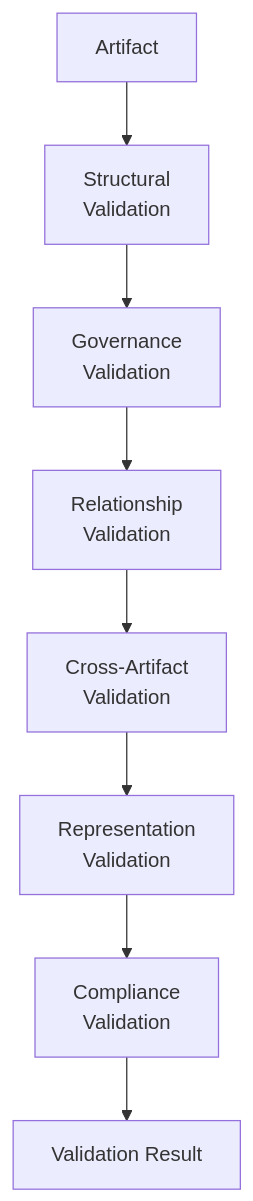
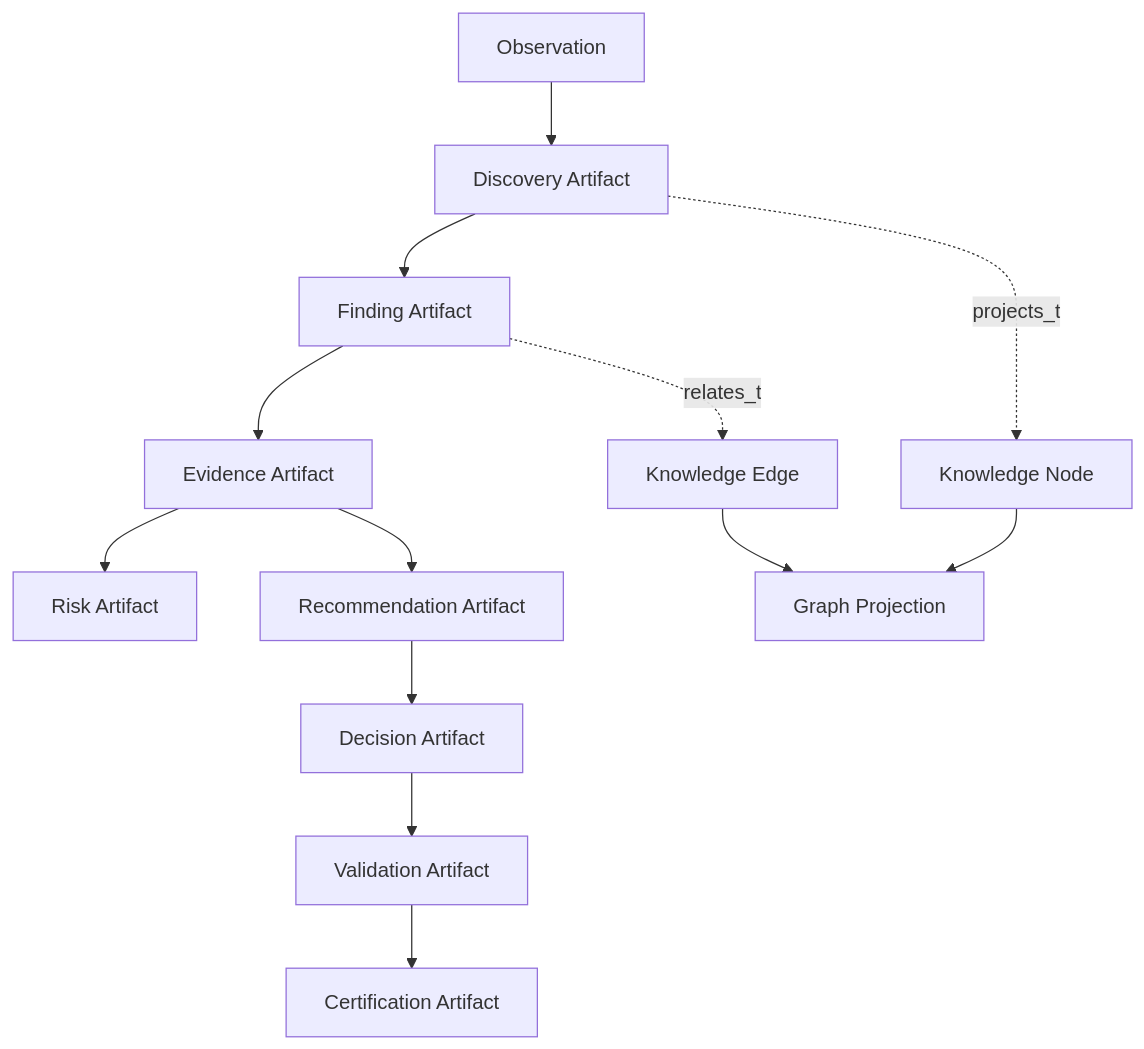
The seventh of 13 diagrams in docs/AI/Meta/M.1-Artifact-Meta-Model.md (doallon/forge-ai), drawn with Mermaid before and after one commit. The commit also changed other lines of this file, not shown here.

Commit message:
Align M.1 artifact meta model

````diff
--- a/docs/AI/Meta/M.1-Artifact-Meta-Model.md
+++ b/docs/AI/Meta/M.1-Artifact-Meta-Model.md
@@ -1216,10 +452,15 @@
 ```mermaid
 graph TD
-    A["Artifact"] --> SV["Structural<br/>Validation"]
-    SV --> GV["Governance<br/>Validation"]
-    GV --> RV["Relationship<br/>Validation"]
-    RV --> CV["Cross-Artifact<br/>Validation"]
-    CV --> RepV["Representation<br/>Validation"]
-    RepV --> CompV["Compliance<br/>Validation"]
-    CompV --> VR["Validation Result"]
+    OBS["Observation"] --> DISC["Discovery Artifact"]
+    DISC --> FIND["Finding Artifact"]
+    FIND --> EVID["Evidence Artifact"]
+    EVID --> RISK["Risk Artifact"]
+    EVID --> REC["Recommendation Artifact"]
+    REC --> DEC["Decision Artifact"]
+    DEC --> VAL["Validation Artifact"]
+    VAL --> CERT["Certification Artifact"]
+    DISC -.projects_to.-> NODE["Knowledge Node"]
+    FIND -.relates_to.-> EDGE["Knowledge Edge"]
+    NODE --> GRAPH["Graph Projection"]
+    EDGE --> GRAPH
 ```
````
